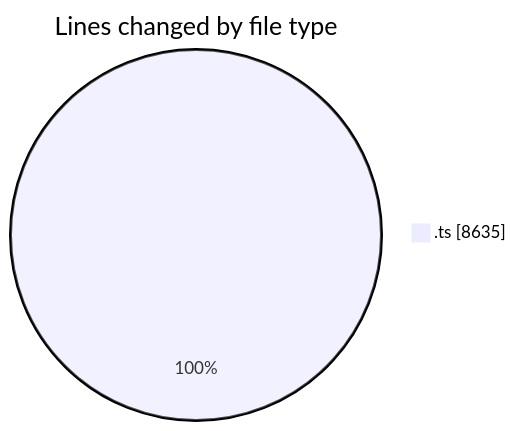
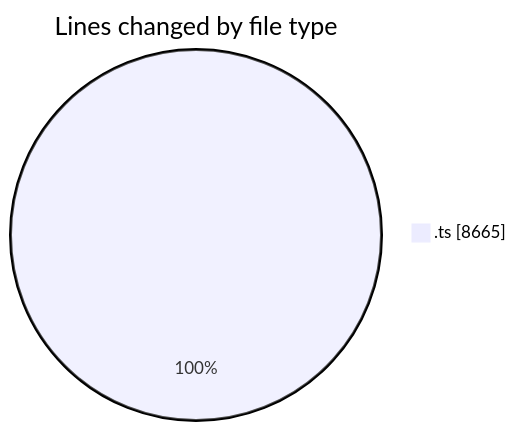
One commit to momahboobian/code-tracking changed the first of 2 diagrams in 2025-10-23/cda/README.md. Above: the diagram before and after it, drawn with Mermaid. The commit also changed other lines of this file and 1 other file, not shown here.

````diff
--- a/2025-10-23/cda/README.md
+++ b/2025-10-23/cda/README.md
@@ -26,5 +26,5 @@
 ```mermaid
 pie showData
 title Lines changed by file type
-".ts" : 8635
+".ts" : 8665
 ```
````
